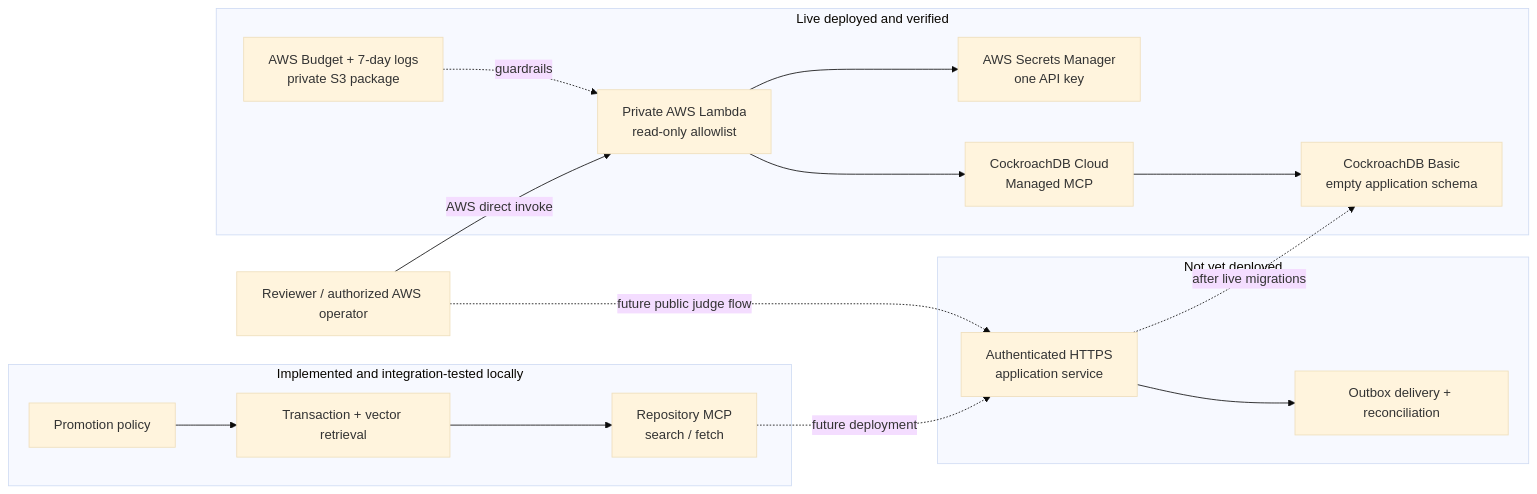
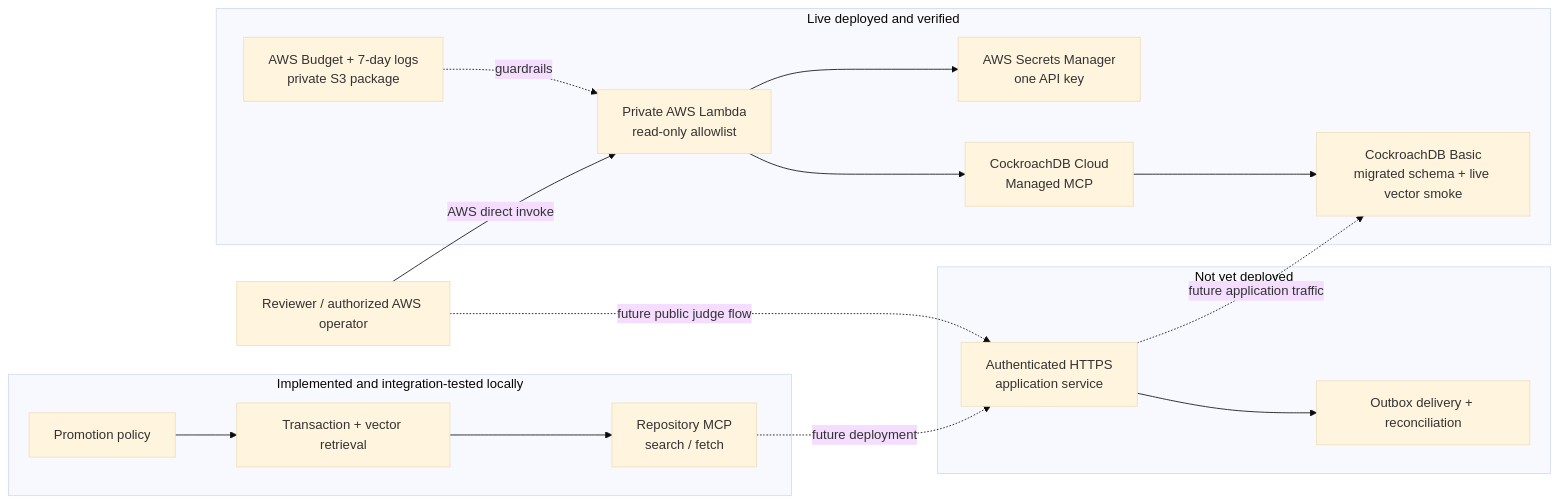
The diagram in docs/ARCHITECTURE.md (YongHwan2161/continuum-memory-firewall), drawn with Mermaid (base theme) before and after one commit. The commit also changed other lines of this file and 7 other files, not shown here.

Commit message:
Record live SQL vector smoke

````diff
--- a/docs/ARCHITECTURE.md
+++ b/docs/ARCHITECTURE.md
@@ -87,34 +88,34 @@
 ```mermaid
 flowchart LR
   reviewer["Reviewer / authorized AWS operator"]
 
   subgraph live["Live deployed and verified"]
     lambda["Private AWS Lambda<br/>read-only allowlist"]
     secret["AWS Secrets Manager<br/>one API key"]
     managed["CockroachDB Cloud<br/>Managed MCP"]
-    basic["CockroachDB Basic<br/>empty application schema"]
+    basic["CockroachDB Basic<br/>migrated schema + live vector smoke"]
     budget["AWS Budget + 7-day logs<br/>private S3 package"]
     lambda --> secret
     lambda --> managed
     managed --> basic
     budget -. guardrails .-> lambda
   end
 
   subgraph local["Implemented and integration-tested locally"]
     policy["Promotion policy"]
     store["Transaction + vector retrieval"]
     repoMcp["Repository MCP<br/>search / fetch"]
     policy --> store --> repoMcp
   end
 
   subgraph planned["Not yet deployed"]
     auth["Authenticated HTTPS<br/>application service"]
     outbox["Outbox delivery + reconciliation"]
     auth --> outbox
   end
 
   reviewer -->|"AWS direct invoke"| lambda
   reviewer -. "future public judge flow" .-> auth
   repoMcp -. "future deployment" .-> auth
-  auth -. "after live migrations" .-> basic
+  auth -. "future application traffic" .-> basic
 ```
````
